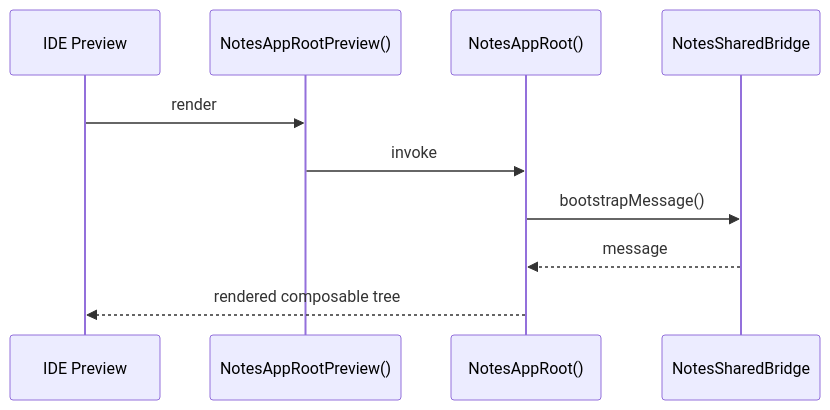
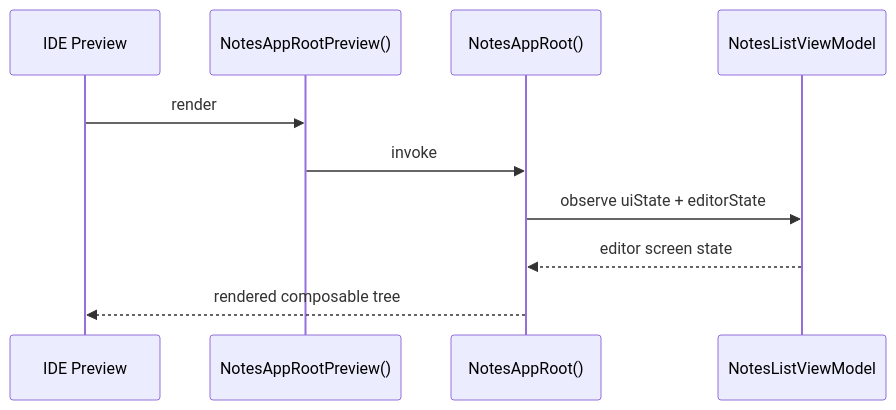
The fourth of 4 diagrams in feature/notes/ARCHITECTURE.md (TheSetox/note), drawn with Mermaid before and after one commit. The commit also changed other lines of this file and 17 other files, not shown here.

Commit message:
feat: add notes editor UI

````diff
--- a/feature/notes/ARCHITECTURE.md
+++ b/feature/notes/ARCHITECTURE.md
@@ -95,13 +113,13 @@
 ```mermaid
 sequenceDiagram
   participant IDE as IDE Preview
   participant Preview as NotesAppRootPreview()
   participant Root as NotesAppRoot()
-  participant Bridge as NotesSharedBridge
+  participant VM as NotesListViewModel
 
   IDE->>Preview: render
   Preview->>Root: invoke
-  Root->>Bridge: bootstrapMessage()
-  Bridge-->>Root: message
+  Root->>VM: observe uiState + editorState
+  VM-->>Root: editor screen state
   Root-->>IDE: rendered composable tree
 ```
````
